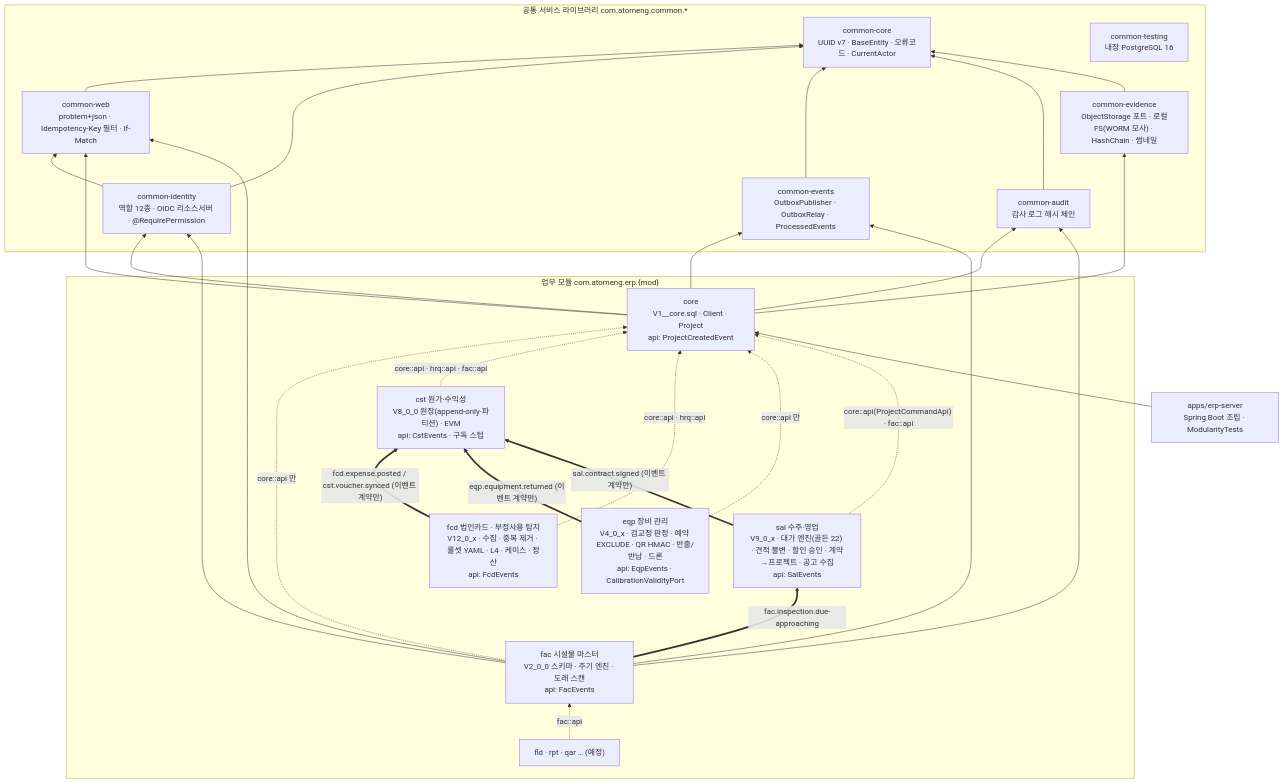
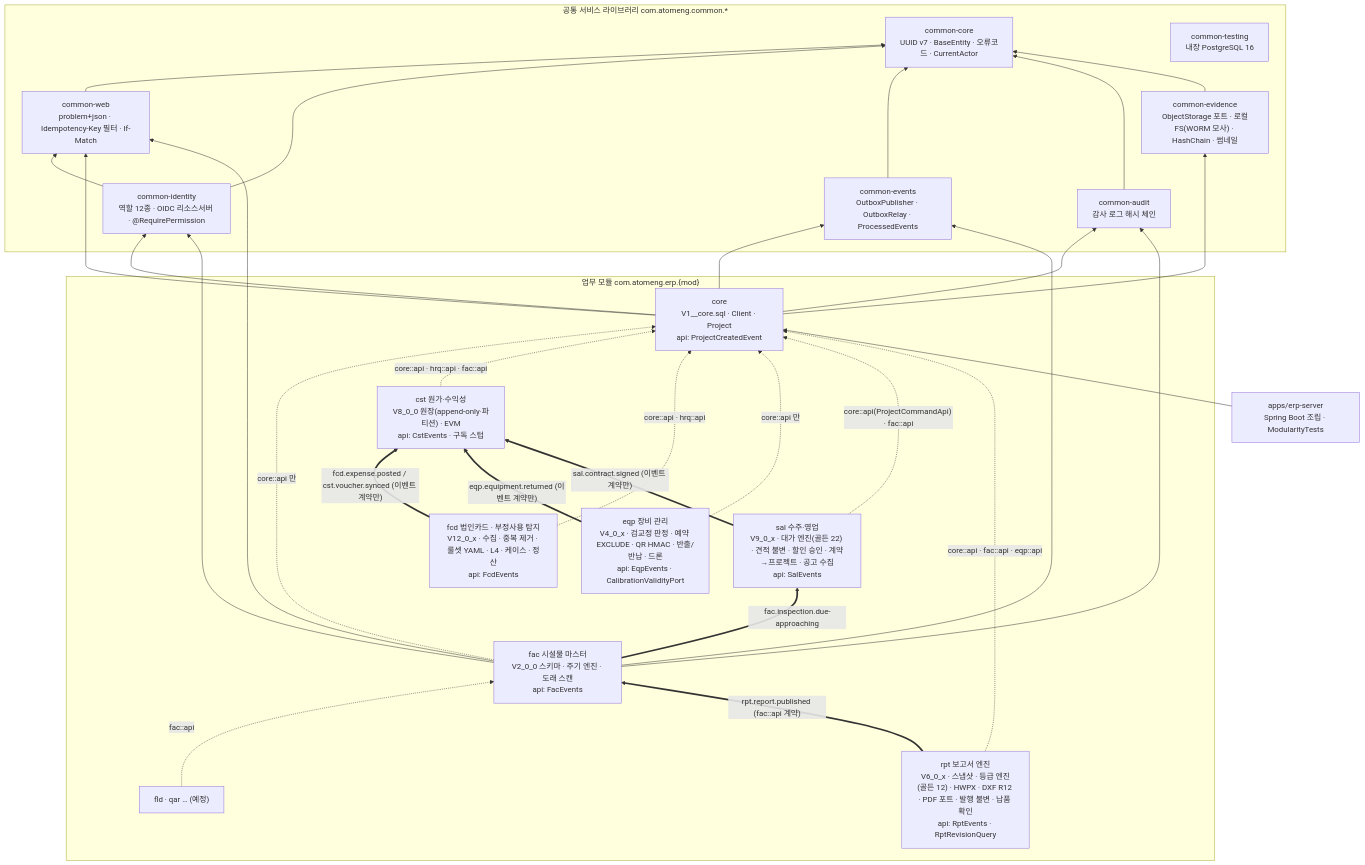
Before and after one commit to limpst/atom-erp: the diagram in README.md, drawn with Mermaid. The commit also changed other lines of this file and 93 other files, not shown here.

First line of the commit message:
feat(rpt): 06 보고서 엔진 첫 단계 — rpt 스키마·발행 불변·등급 엔진(골든 12)·HWPX·DXF R12·PDF 포트·납품 확인·정정본

````diff
--- a/README.md
+++ b/README.md
@@ -45,41 +46,44 @@
 ```mermaid
 flowchart BT
   subgraph COMMON["공통 서비스 라이브러리 com.atomeng.common.*"]
     CC["common-core<br>UUID v7 · BaseEntity · 오류코드 · CurrentActor"]
     CW["common-web<br>problem+json · Idempotency-Key 필터 · If-Match"]
     CI["common-identity<br>역할 12종 · OIDC 리소스서버 · @RequirePermission"]
     CE["common-events<br>OutboxPublisher · OutboxRelay · ProcessedEvents"]
     CA["common-audit<br>감사 로그 해시 체인"]
     CT["common-testing<br>내장 PostgreSQL 16"]
     CV["common-evidence<br>ObjectStorage 포트 · 로컬FS(WORM 모사) · HashChain · 썸네일"]
   end
   subgraph MODS["업무 모듈 com.atomeng.erp.{mod}"]
     CORE["core<br>V1__core.sql · Client · Project<br>api: ProjectCreatedEvent"]
     FAC["fac 시설물 마스터<br>V2_0_0 스키마 · 주기 엔진 · 도래 스캔<br>api: FacEvents"]
     CST["cst 원가·수익성<br>V8_0_0 원장(append-only·파티션) · EVM<br>api: CstEvents · 구독 스텁"]
     FCD["fcd 법인카드 · 부정사용 탐지<br>V12_0_x · 수집 · 중복 제거 · 룰셋 YAML · L4 · 케이스 · 정산<br>api: FcdEvents"]
     EQP["eqp 장비 관리<br>V4_0_x · 검교정 판정 · 예약 EXCLUDE · QR HMAC · 반출/반납 · 드론<br>api: EqpEvents · CalibrationValidityPort"]
     SAL["sal 수주·영업<br>V9_0_x · 대가 엔진(골든 22) · 견적 불변 · 할인 승인 · 계약→프로젝트 · 공고 수집<br>api: SalEvents"]
-    NEXT["fld · rpt · qar … (예정)"]
+    RPT["rpt 보고서 엔진<br>V6_0_x · 스냅샷 · 등급 엔진(골든 12) · HWPX · DXF R12 · PDF 포트 · 발행 불변 · 납품 확인<br>api: RptEvents · RptRevisionQuery"]
+    NEXT["fld · qar … (예정)"]
   end
   APP["apps/erp-server<br>Spring Boot 조립 · ModularityTests"]
   CW --> CC
   CI --> CC
   CI --> CW
   CE --> CC
   CA --> CC
   CV --> CC
   CORE --> CW & CI & CE & CA & CV
   FAC -. "core::api 만" .-> CORE
   FAC --> CW & CI & CE & CA
   NEXT -. "fac::api" .-> FAC
   CST -. "core::api · hrq::api · fac::api" .-> CORE
   FCD -. "core::api · hrq::api" .-> CORE
   FCD == "fcd.expense.posted / cst.voucher.synced (이벤트 계약만)" ==> CST
   EQP -. "core::api 만" .-> CORE
   EQP == "eqp.equipment.returned (이벤트 계약만)" ==> CST
   SAL -. "core::api(ProjectCommandApi) · fac::api" .-> CORE
   SAL == "sal.contract.signed (이벤트 계약만)" ==> CST
   FAC == "fac.inspection.due-approaching" ==> SAL
+  RPT -. "core::api · fac::api · eqp::api" .-> CORE
+  RPT == "rpt.report.published (fac::api 계약)" ==> FAC
   APP --> CORE
 ```
````
